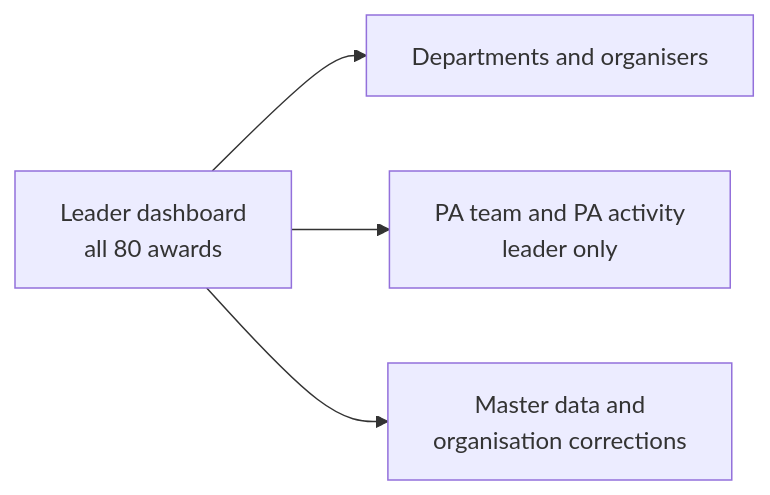
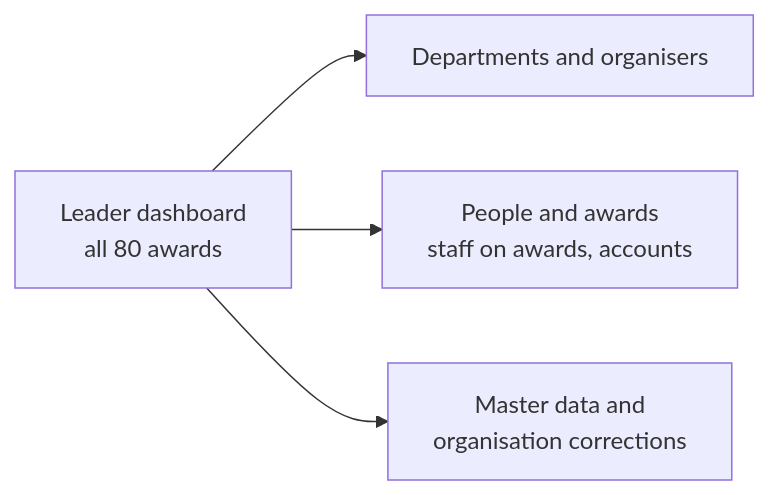
One commit to sumitdwivedi01/EigthyAwards changed the seventh of 7 diagrams in docs/ui/README.md. Above: the diagram before and after it, drawn with Mermaid. The commit also changed other lines of this file and 24 other files, not shown here.

First line of the commit message:
docs: phase 0.8 - remove the PA role; the leader's team uses the leader's account

````diff
--- a/docs/ui/README.md
+++ b/docs/ui/README.md
@@ -124,6 +124,6 @@
 ```mermaid
 flowchart LR
     L1["Leader dashboard<br/>all 80 awards"] --> L2["Departments and organisers"]
-    L1 --> L3["PA team and PA activity<br/>leader only"]
+    L1 --> L3["People and awards<br/>staff on awards, accounts"]
     L1 --> L4["Master data and<br/>organisation corrections"]
 ```
````
